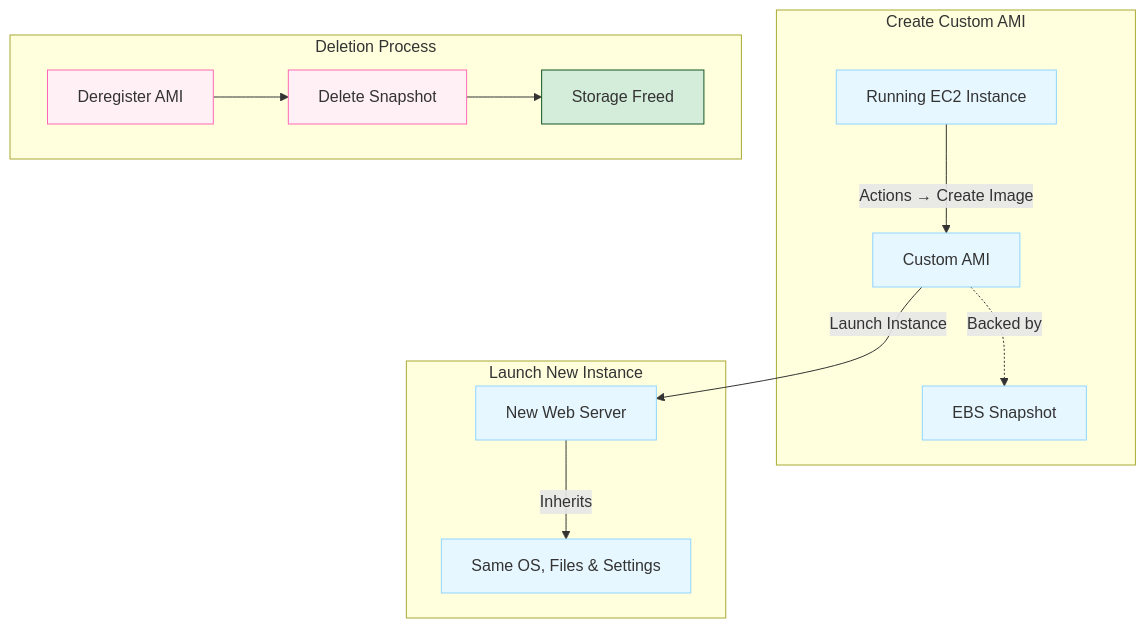
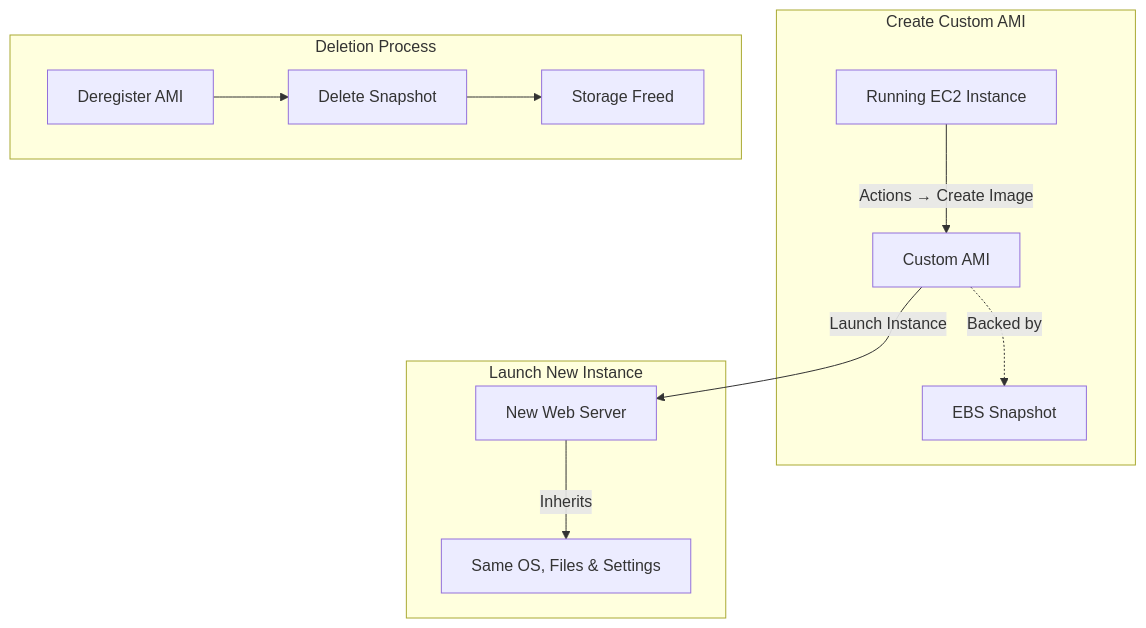
One commit to sujith-eag/sujith-library changed the first of 4 diagrams in docs/dev-cloud/cclab/lab_8.md. Above: the diagram before and after it, drawn with Mermaid. The commit also changed other lines of this file and 41 other files, not shown here.

First line of the commit message:
Refactor diagrams and remove redundant styles in documentation

````diff
--- a/docs/dev-cloud/cclab/lab_8.md
+++ b/docs/dev-cloud/cclab/lab_8.md
@@ -8,25 +8,17 @@
 ```mermaid
 flowchart TD
     subgraph Creation [Create Custom AMI]
         Existing[Running EC2 Instance] -->|Actions → Create Image| AMI[Custom AMI]
         AMI -.->|Backed by| Snap[EBS Snapshot]
     end
     
     subgraph Usage [Launch New Instance]
         AMI -->|Launch Instance| New[New Web Server]
         New -->|Inherits| Config[Same OS, Files & Settings]
     end
     
     subgraph Cleanup [Deletion Process]
         StepA[Deregister AMI] --> StepB[Delete Snapshot]
         StepB --> Free[Storage Freed]
     end
-
-    classDef process fill:#e6f7ff,stroke:#91d5ff
-    classDef highlight fill:#fff0f5,stroke:#ff69b4
-    classDef success fill:#d4edda,stroke:#155724
-
-    class Existing,AMI,Snap,New,Config process
-    class StepA,StepB highlight
-    class Free success
 ```
````
